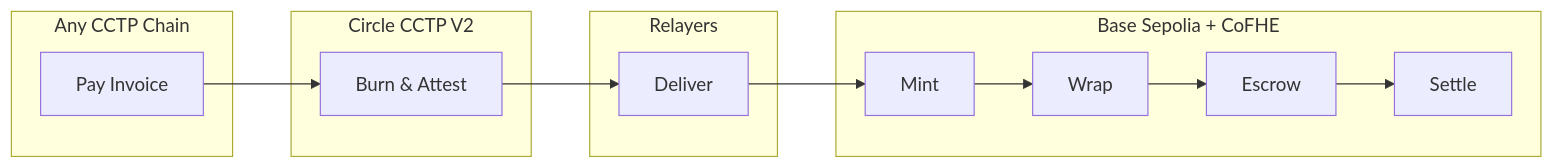
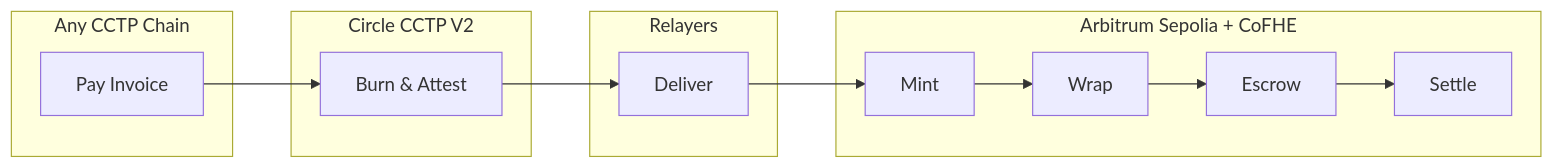
The diagram in protocol/architecture.md (PrivaraXYZ/docs), drawn with Mermaid before and after one commit. The commit also changed other lines of this file and 3 other files, not shown here.

First line of the commit message:
docs: migrate from Base Sepolia to Arbitrum Sepolia (#2)

````diff
--- a/protocol/architecture.md
+++ b/protocol/architecture.md
@@ -32,23 +32,23 @@
 ```mermaid
 flowchart LR
     subgraph Source["Any CCTP Chain"]
         A[Pay Invoice]
     end
 
     subgraph CCTP["Circle CCTP V2"]
         B[Burn & Attest]
     end
 
     subgraph Relay["Relayers"]
         C[Deliver]
     end
 
-    subgraph FHE["Base Sepolia + CoFHE"]
+    subgraph FHE["Arbitrum Sepolia + CoFHE"]
         D[Mint]
         E[Wrap]
         F[Escrow]
         G[Settle]
     end
 
     A --> B --> C --> D --> E --> F --> G
 ```
````
